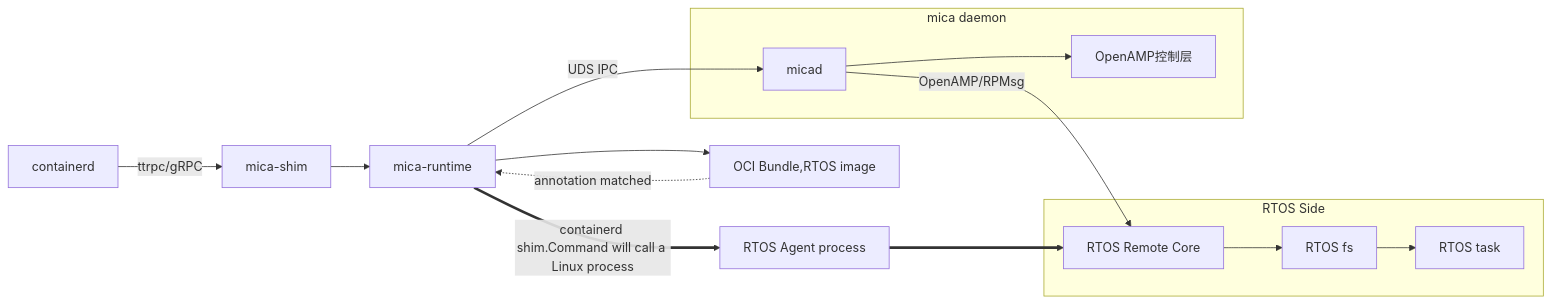
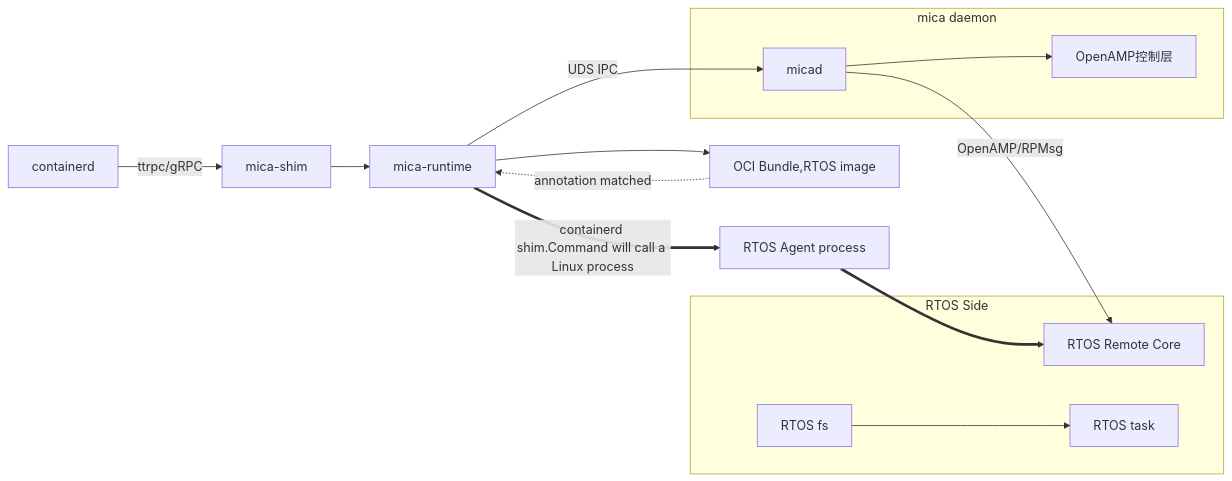
The diagram in all/未命名.md (Egg12138/iodraw-files), drawn with Mermaid before and after one commit.

Commit message:
2025-06-21 17:09:37 update

````diff
--- a/all/未命名.md
+++ b/all/未命名.md
@@ -1,20 +1,21 @@
 ```mermaid
 
 graph LR
     CD[containerd] -->|ttrpc/gRPC| S
     S[mica-shim] --> MR
     MR[mica-runtime] -->|UDS IPC| A[micad]
     MR -->C[OCI Bundle,RTOS image]
     MR ==>|containerd shim.Command will call a Linux process|AG[RTOS Agent process]
     A -->|OpenAMP/RPMsg| B[RTOS Remote Core]
     C -.->|annotation matched| MR
     AG ==>B
     subgraph RTOS Side
-        B --> D[RTOS fs] --> E
+        B
+        D[RTOS fs] --> E
         E[RTOS task]
     end
     subgraph mica daemon
         A --> F[OpenAMP控制层]
     end
 
 ```
````
